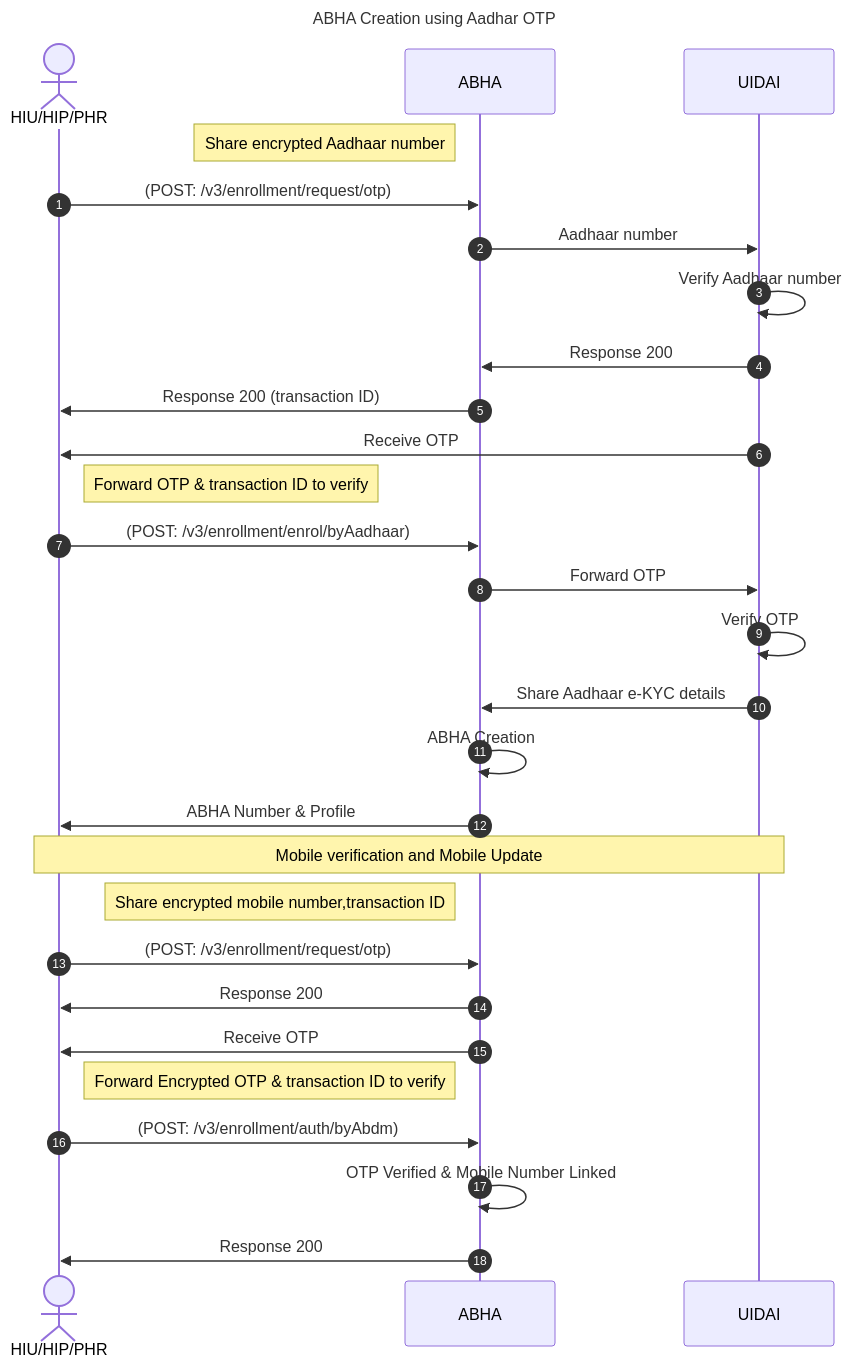
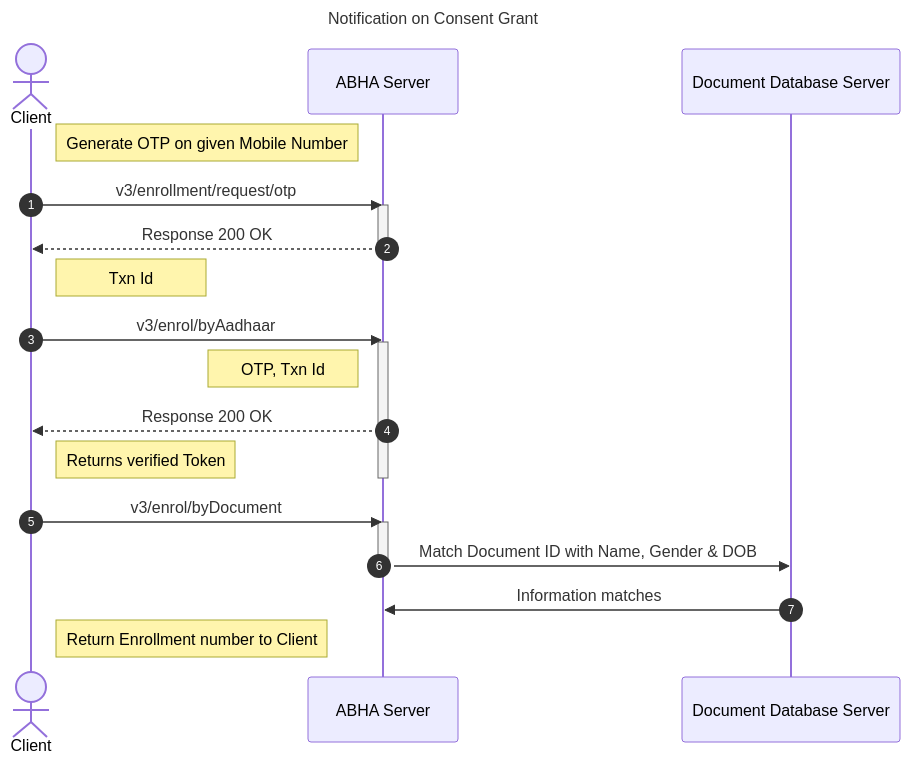
One commit to kiranma72/abdm-docs changed the diagram in content/2-milestone1/abha-number/driving-license.md. Above: the diagram before and after it, drawn with Mermaid. The commit also changed other lines of this file and 1 other file, not shown here.

Commit message:
driving licence final commit

```diff
--- a/content/2-milestone1/abha-number/driving-license.md
+++ b/content/2-milestone1/abha-number/driving-license.md
@@ -83,29 +84,24 @@
 {{< mermaid >}}
 %%{init:{"fontSize": "1.0rem", "sequence":{"showSequenceNumbers":true}}}%%
 sequenceDiagram
-title ABHA Creation using Aadhar OTP
-actor HIU/HIP/PHR
-Note left of ABHA: Share encrypted Aadhaar number
-HIU/HIP/PHR->>ABHA: (POST: /v3/enrollment/request/otp)
-ABHA->>UIDAI: Aadhaar number
-UIDAI->>UIDAI:Verify Aadhaar number
-UIDAI->>ABHA: Response 200
-ABHA->>HIU/HIP/PHR: Response 200 (transaction ID)
-UIDAI->>HIU/HIP/PHR:Receive OTP
-Note right of HIU/HIP/PHR: Forward OTP & transaction ID to verify
-HIU/HIP/PHR->>ABHA: (POST: /v3/enrollment/enrol/byAadhaar)
-ABHA->>UIDAI: Forward OTP
-UIDAI->>UIDAI: Verify OTP
-UIDAI->>ABHA: Share Aadhaar e-KYC details
-ABHA->>ABHA: ABHA Creation
-ABHA->>HIU/HIP/PHR: ABHA Number & Profile
-Note over HIU/HIP/PHR,UIDAI: Mobile verification and Mobile Update
-Note left of ABHA: Share encrypted mobile number,transaction ID
-HIU/HIP/PHR->>ABHA: (POST: /v3/enrollment/request/otp)
-ABHA->>HIU/HIP/PHR: Response 200 
-ABHA->>HIU/HIP/PHR:Receive OTP
-Note right of HIU/HIP/PHR: Forward Encrypted OTP & transaction ID to verify
-HIU/HIP/PHR->>ABHA: (POST: /v3/enrollment/auth/byAbdm)
-ABHA->>ABHA: OTP Verified & Mobile Number Linked
-ABHA->>HIU/HIP/PHR: Response 200
+title Notification on Consent Grant
+actor Client
+Note right of Client: Generate OTP on given Mobile Number
+Client->>ABHA Server:v3/enrollment/request/otp
+activate ABHA Server
+ABHA Server-->> Client: Response 200 OK
+deactivate ABHA Server
+Note right of Client: Txn Id
+Client->>ABHA Server:v3/enrol/byAadhaar
+activate ABHA Server
+Note left of ABHA Server: OTP, Txn Id
+ABHA Server-->> Client: Response 200 OK
+Note right of Client: Returns verified Token
+deactivate ABHA Server
+Client->>ABHA Server:v3/enrol/byDocument
+activate ABHA Server
+ABHA Server->> Document Database Server: Match Document ID with Name, Gender & DOB
+deactivate ABHA Server
+Document Database Server->>ABHA Server:Information matches
+Note right of Client: Return Enrollment number to Client
 {{< /mermaid >}}
```
